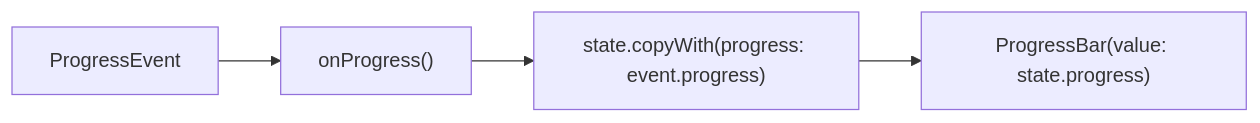
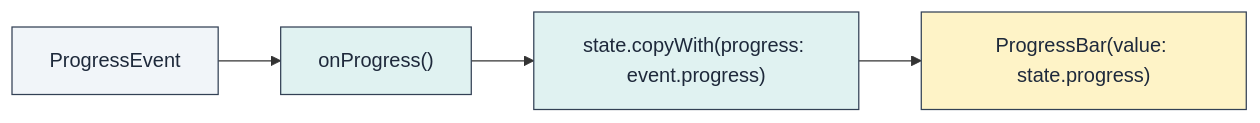
One commit to lploc94/flutter_orchestrator changed the tenth of 16 diagrams in book/vi/chapters/05_advanced_patterns.md. Above: the diagram before and after it, drawn with Mermaid. The commit also changed other lines of this file and 4 other files, not shown here.

````diff
--- a/book/vi/chapters/05_advanced_patterns.md
+++ b/book/vi/chapters/05_advanced_patterns.md
@@ -219,6 +259,11 @@
 ```mermaid
 flowchart LR
     Event["ProgressEvent"] --> Handler["onProgress()"]
     Handler --> State["state.copyWith(progress: event.progress)"]
     State --> UI["ProgressBar(value: state.progress)"]
+    
+    style Event fill:#f1f5f9,stroke:#334155,color:#1e293b
+    style Handler fill:#e0f2f1,stroke:#334155,color:#1e293b
+    style State fill:#e0f2f1,stroke:#334155,color:#1e293b
+    style UI fill:#fef3c7,stroke:#334155,color:#1e293b
 ```
````
